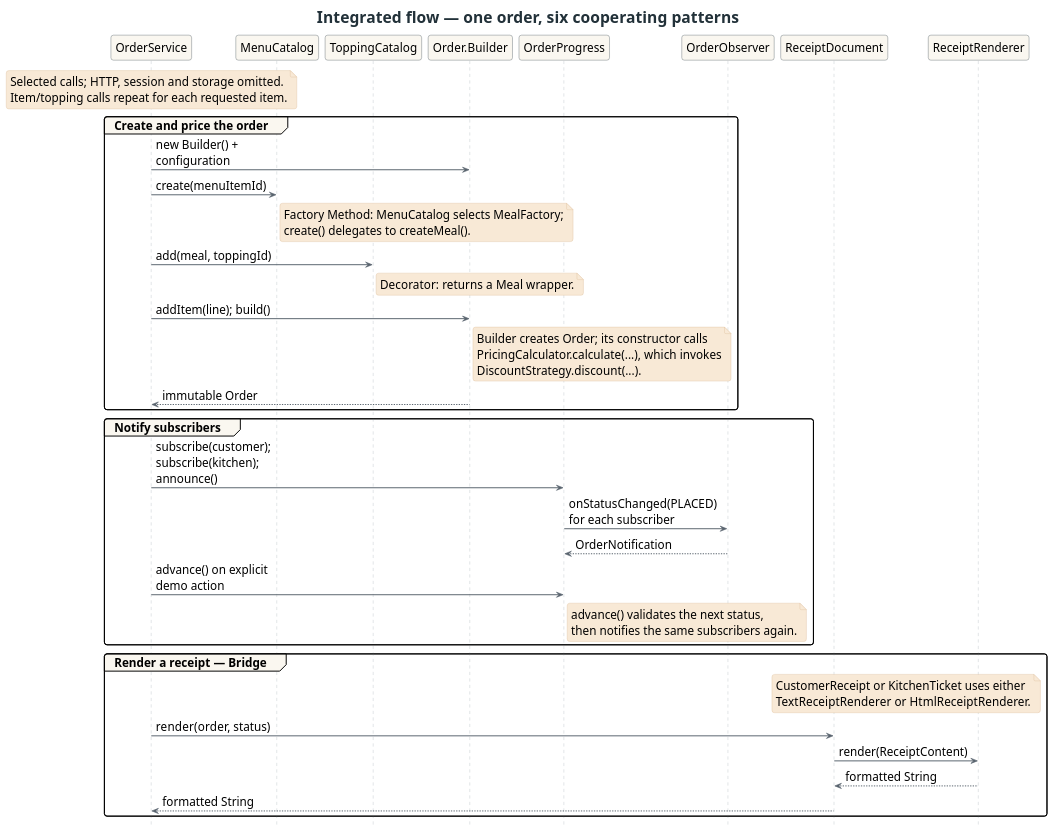
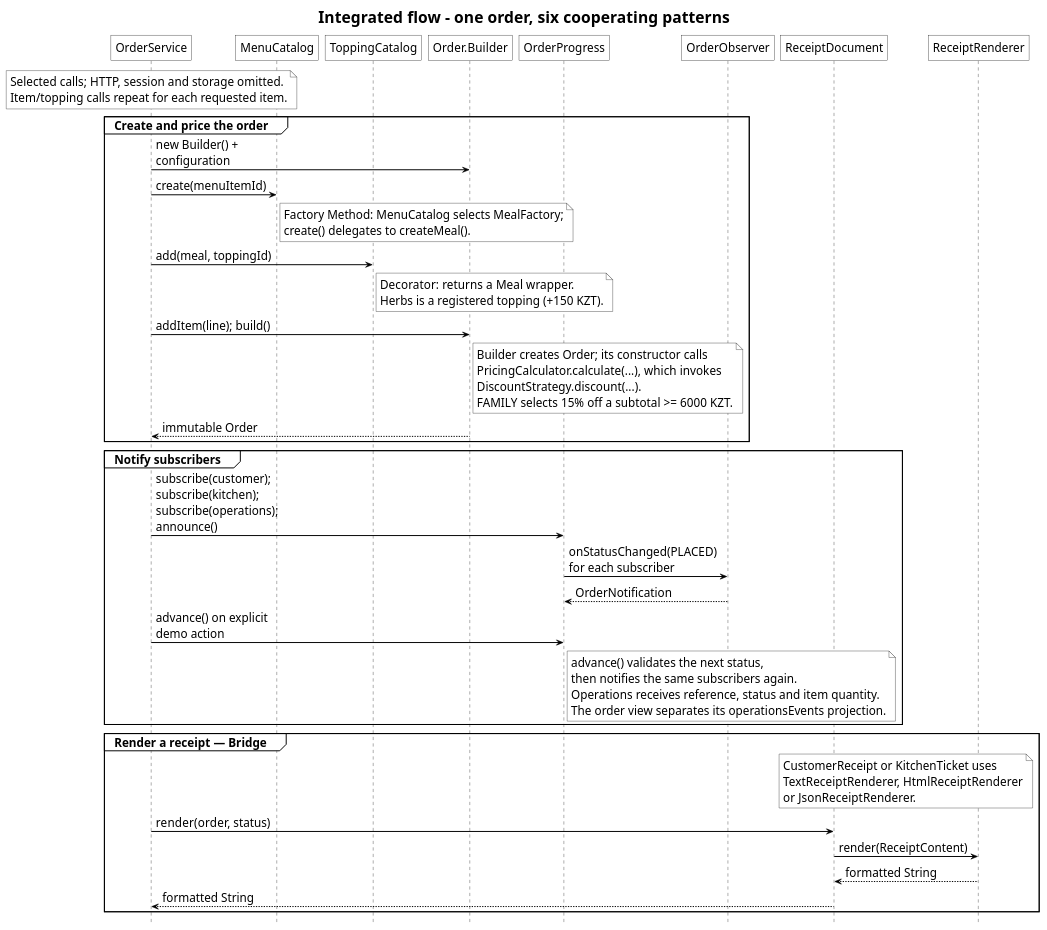
The diagram in docs/uml/integrated-sequence.puml (ANAYSSA/Final-Project-SDP), drawn with PlantUML before and after one commit. The commit also changed 49 other files, not shown here.

```diff
--- a/docs/uml/integrated-sequence.puml
+++ b/docs/uml/integrated-sequence.puml
@@ -1,75 +1,83 @@
 @startuml
 skinparam backgroundColor #FFFFFF
+skinparam monochrome true
+skinparam defaultFontColor #000000
+hide circle
 skinparam shadowing false
-skinparam roundcorner 8
+skinparam roundcorner 0
 skinparam defaultFontName SansSerif
 skinparam defaultFontSize 18
-skinparam ArrowColor #59636E
+skinparam ArrowColor #000000
 skinparam ArrowThickness 1.5
 skinparam titleFontSize 24
-skinparam titleFontColor #223139
-skinparam sequenceParticipantBackgroundColor #FAF7F0
-skinparam sequenceParticipantBorderColor #314047
-skinparam sequenceLifeLineBorderColor #A5AFB4
-skinparam sequenceGroupBackgroundColor #FAF7F0
-skinparam noteBackgroundColor #F8E9D6
-skinparam noteBorderColor #D8B794
+skinparam titleFontColor #000000
+skinparam sequenceParticipantBackgroundColor #FFFFFF
+skinparam sequenceParticipantBorderColor #000000
+skinparam sequenceLifeLineBorderColor #000000
+skinparam sequenceGroupBackgroundColor #FFFFFF
+skinparam noteBackgroundColor #FFFFFF
+skinparam noteBorderColor #000000
 skinparam maxMessageSize 220
 hide footbox
-title Integrated flow — one order, six cooperating patterns
+title Integrated flow - one order, six cooperating patterns
 participant OrderService as Service
 participant MenuCatalog as Menu
 participant ToppingCatalog as Toppings
 participant "Order.Builder" as Builder
 participant OrderProgress as Progress
 participant OrderObserver as Observer
 participant ReceiptDocument as Document
 participant ReceiptRenderer as Renderer
 
 note over Service
 Selected calls; HTTP, session and storage omitted.
 Item/topping calls repeat for each requested item.
 end note
 
 group Create and price the order
 Service -> Builder : new Builder() + configuration
 Service -> Menu : create(menuItemId)
 note right of Menu
 Factory Method: MenuCatalog selects MealFactory;
 create() delegates to createMeal().
 end note
 Service -> Toppings : add(meal, toppingId)
 note right of Toppings
 Decorator: returns a Meal wrapper.
+Herbs is a registered topping (+150 KZT).
 end note
 Service -> Builder : addItem(line); build()
 note right of Builder
 Builder creates Order; its constructor calls
 PricingCalculator.calculate(...), which invokes
 DiscountStrategy.discount(...).
+FAMILY selects 15% off a subtotal >= 6000 KZT.
 end note
 Builder --> Service : immutable Order
 end
 
 group Notify subscribers
-Service -> Progress : subscribe(customer); subscribe(kitchen); announce()
+Service -> Progress : subscribe(customer); subscribe(kitchen);\nsubscribe(operations); announce()
 Progress -> Observer : onStatusChanged(PLACED) for each subscriber
 Observer --> Progress : OrderNotification
 Service -> Progress : advance() on explicit demo action
 note right of Progress
 advance() validates the next status,
 then notifies the same subscribers again.
+Operations receives reference, status and item quantity.
+The order view separates its operationsEvents projection.
 end note
 end
 
 group Render a receipt — Bridge
 note over Document, Renderer
-CustomerReceipt or KitchenTicket uses either
-TextReceiptRenderer or HtmlReceiptRenderer.
+CustomerReceipt or KitchenTicket uses
+TextReceiptRenderer, HtmlReceiptRenderer
+or JsonReceiptRenderer.
 end note
 Service -> Document : render(order, status)
 Document -> Renderer : render(ReceiptContent)
 Renderer --> Document : formatted String
 Document --> Service : formatted String
 end
 @enduml
```
